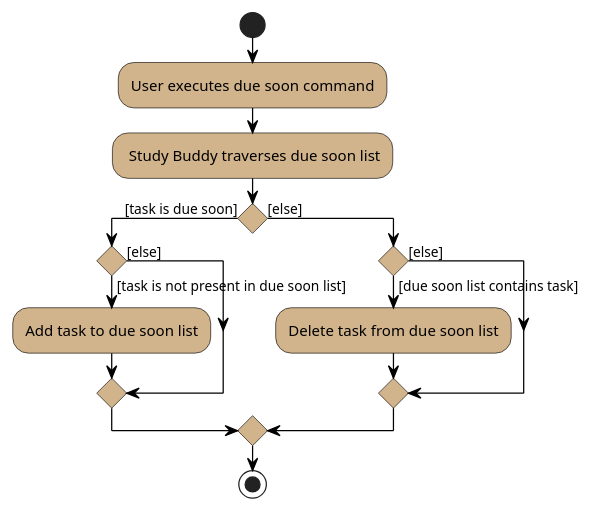
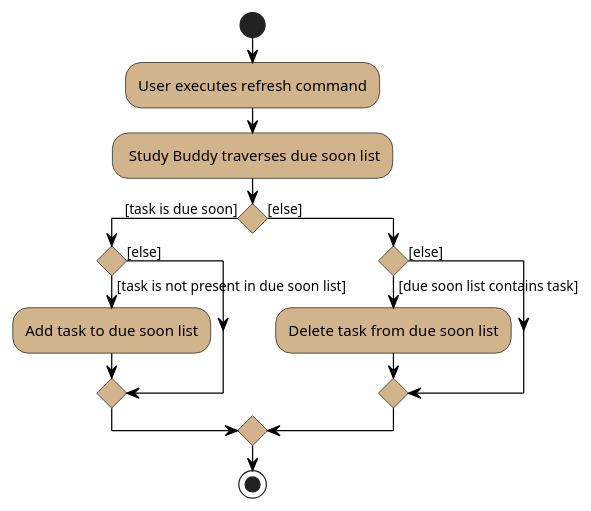
The diagram in docs/diagrams/DueSoonActivityDiagram.puml (wyt-sonia/main), drawn with PlantUML before and after one commit. The commit also changed 15 other files, not shown here.

```diff
--- a/docs/diagrams/DueSoonActivityDiagram.puml
+++ b/docs/diagrams/DueSoonActivityDiagram.puml
@@ -1,28 +1,28 @@
 @startuml
 start
 
 skinparam ActivityBackgroundColor #tan
 skinparam ActivityBorderColor #black
 skinparam activityDiamondBorderColor #black
 skinparam activityDiamondBackgroundColor #tan
 skinparam arrowColor #black
 
-:User executes due soon command;
+:User executes refresh command;
 
 'Since the beta syntax does not support placing the condition outside the
 'diamond we place it as the true branch instead.
 : Study Buddy traverses due soon list;
 
 if () then ([task is due soon])
     if () then ([task is not present in due soon list])
         :Add task to due soon list;
     else ([else])
     endif
 else ([else])
     if () then ([due soon list contains task])
         :Delete task from due soon list;
     else ([else])
     endif;
 endif;
 stop
 @enduml
```
